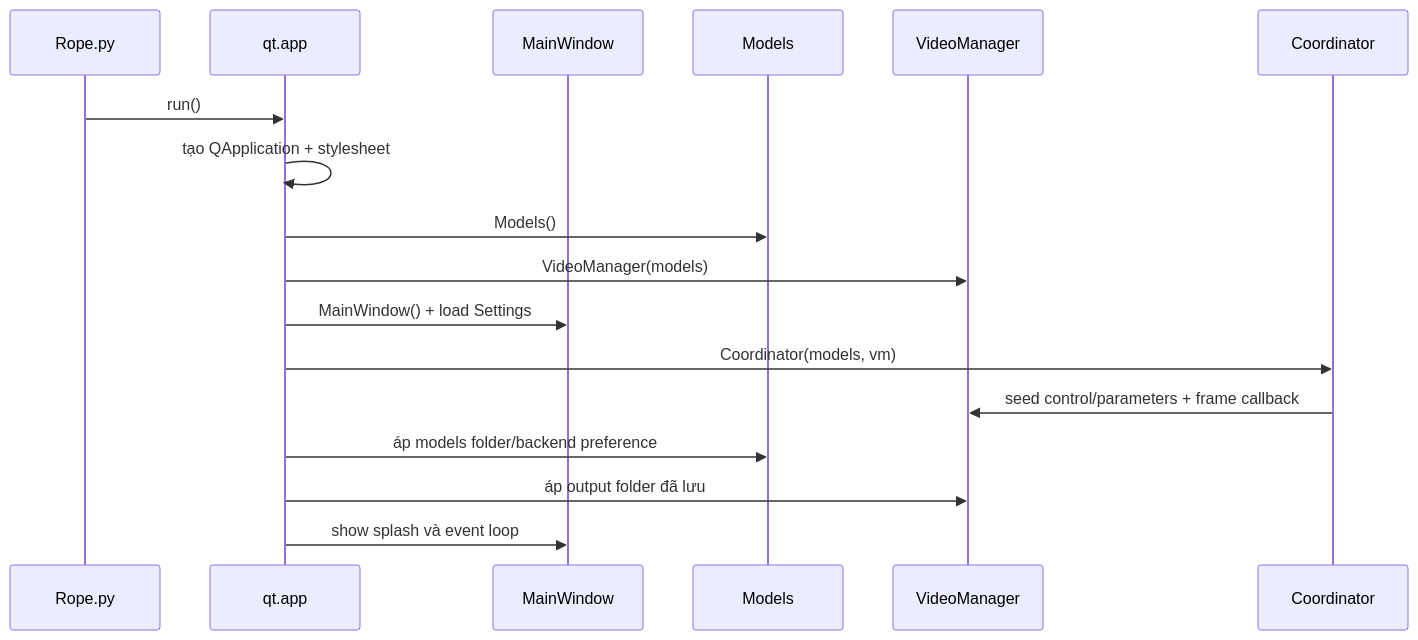
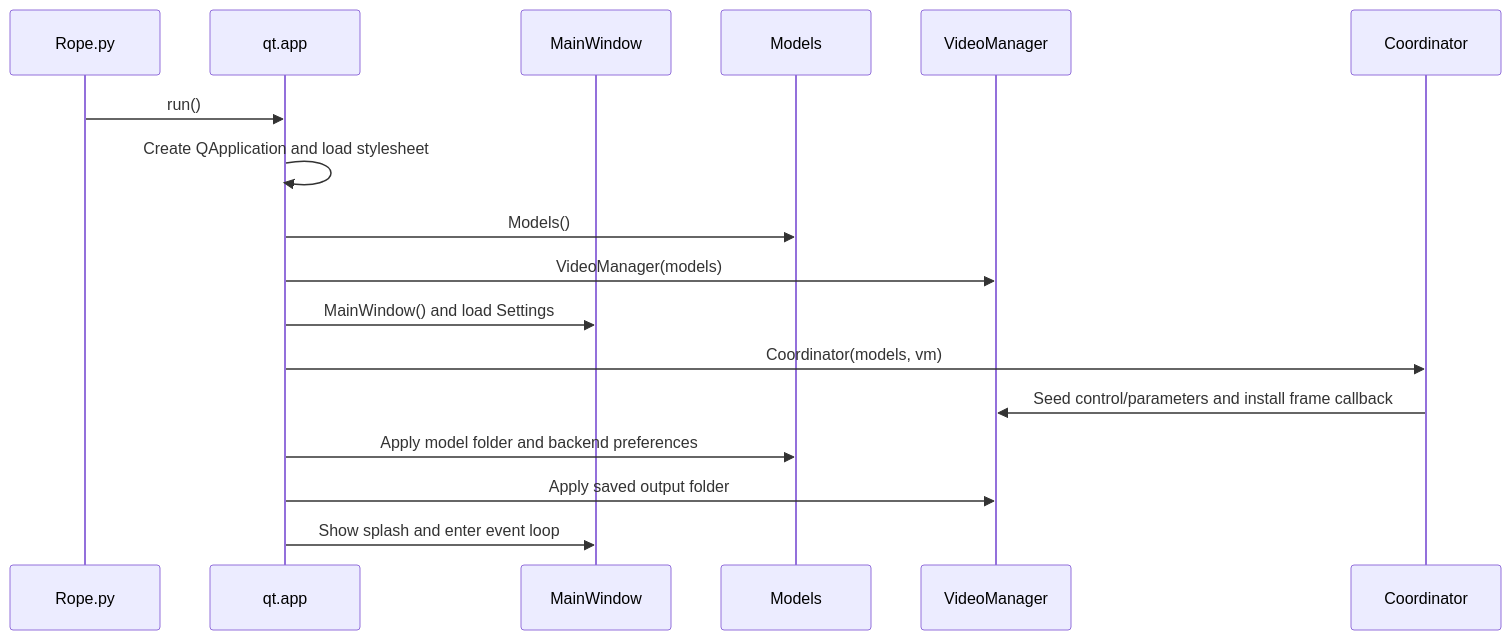
Before and after one commit to Moon2301/Rope: the first of 5 diagrams in .ai/FLOWS.md, drawn with Mermaid. The commit also changed other lines of this file and 5 other files, not shown here.

````diff
--- a/.ai/FLOWS.md
+++ b/.ai/FLOWS.md
@@ -5,19 +5,19 @@
 ```mermaid
 sequenceDiagram
     participant E as Rope.py
     participant A as qt.app
     participant W as MainWindow
     participant M as Models
     participant V as VideoManager
     participant C as Coordinator
     E->>A: run()
-    A->>A: tạo QApplication + stylesheet
+    A->>A: Create QApplication and load stylesheet
     A->>M: Models()
     A->>V: VideoManager(models)
-    A->>W: MainWindow() + load Settings
+    A->>W: MainWindow() and load Settings
     A->>C: Coordinator(models, vm)
-    C->>V: seed control/parameters + frame callback
-    A->>M: áp models folder/backend preference
-    A->>V: áp output folder đã lưu
-    A->>W: show splash và event loop
+    C->>V: Seed control/parameters and install frame callback
+    A->>M: Apply model folder and backend preferences
+    A->>V: Apply saved output folder
+    A->>W: Show splash and enter event loop
 ```
````
